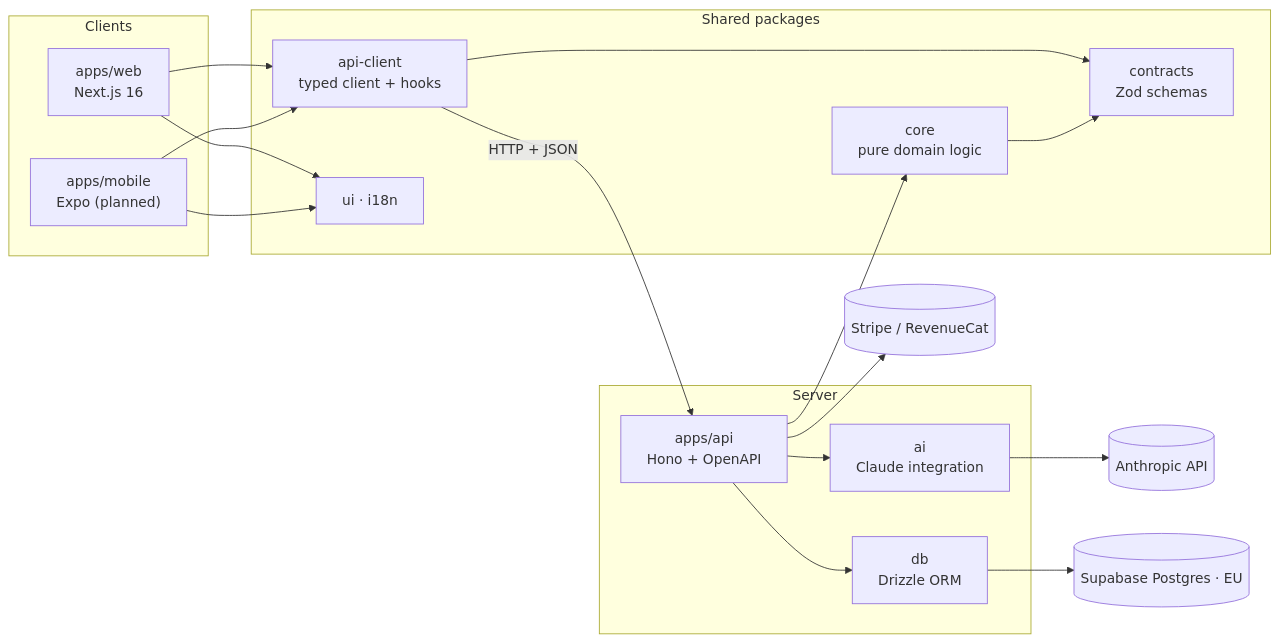
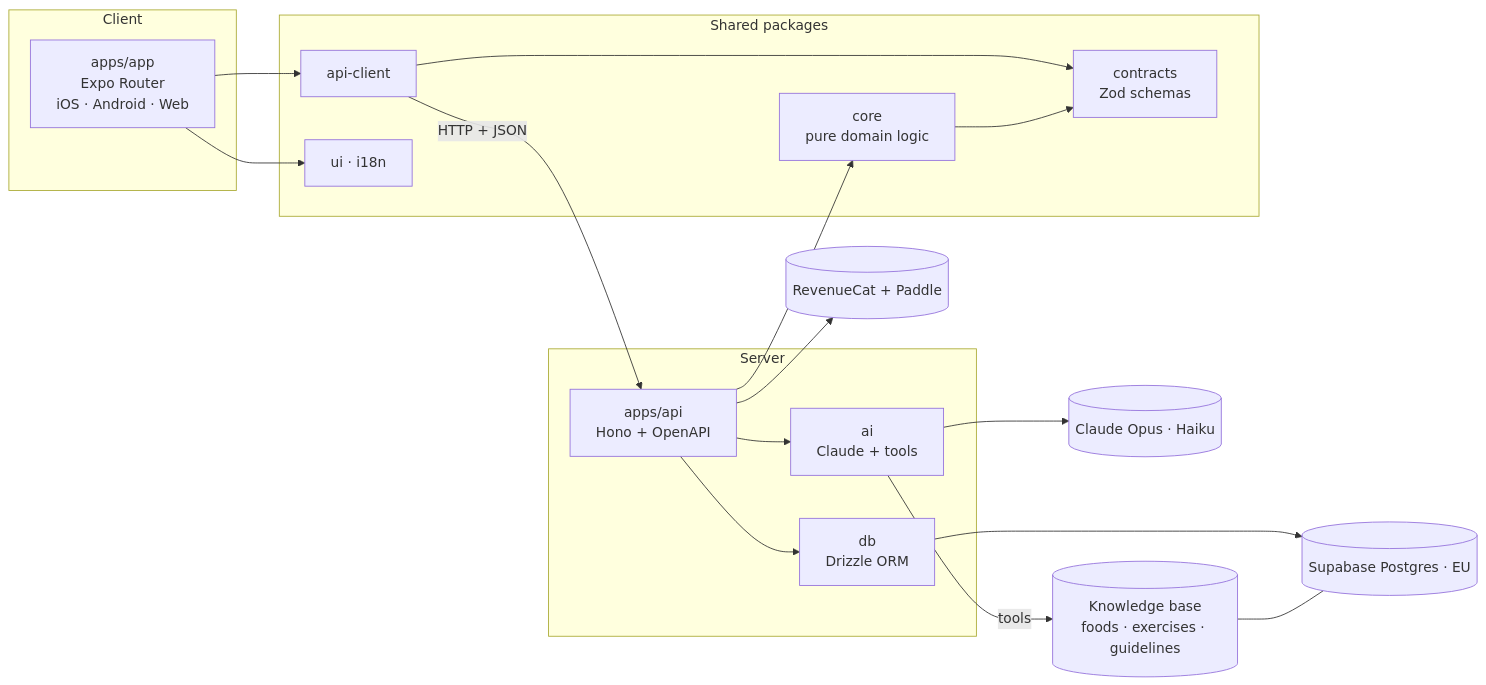
The diagram in README.md (Javiguegadev/personal-trainer), drawn with Mermaid before and after one commit. The commit also changed other lines of this file and 49 other files, not shown here.

Commit message:
refactor!: mobile-first Expo universal app, AI-first plan v2, fewer services

````diff
--- a/README.md
+++ b/README.md
@@ -37,34 +40,33 @@
 ```mermaid
 flowchart LR
-  subgraph Clients
-    WEB["apps/web<br/>Next.js 16"]
-    MOB["apps/mobile<br/>Expo (planned)"]
+  subgraph Client
+    APP["apps/app<br/>Expo Router<br/>iOS · Android · Web"]
   end
 
   subgraph Shared["Shared packages"]
-    CLIENT["api-client<br/>typed client + hooks"]
+    CLIENT["api-client"]
     CORE["core<br/>pure domain logic"]
     CONTRACTS["contracts<br/>Zod schemas"]
     UI["ui · i18n"]
   end
 
   subgraph Server
     API["apps/api<br/>Hono + OpenAPI"]
-    AI["ai<br/>Claude integration"]
+    AI["ai<br/>Claude + tools"]
     DB["db<br/>Drizzle ORM"]
   end
 
-  WEB --> CLIENT
-  MOB --> CLIENT
-  WEB --> UI
-  MOB --> UI
+  APP --> CLIENT
+  APP --> UI
   CLIENT -->|HTTP + JSON| API
   CLIENT --> CONTRACTS
   API --> CORE
   API --> AI
   API --> DB
   CORE --> CONTRACTS
-  AI --> CLAUDE[(Anthropic API)]
+  AI -->|tools| KB[(Knowledge base<br/>foods · exercises · guidelines)]
+  AI --> CLAUDE[(Claude Opus · Haiku)]
   DB --> PG[(Supabase Postgres · EU)]
-  API --> STRIPE[(Stripe / RevenueCat)]
+  KB --- PG
+  API --> RC[(RevenueCat + Paddle)]
 ```
````
